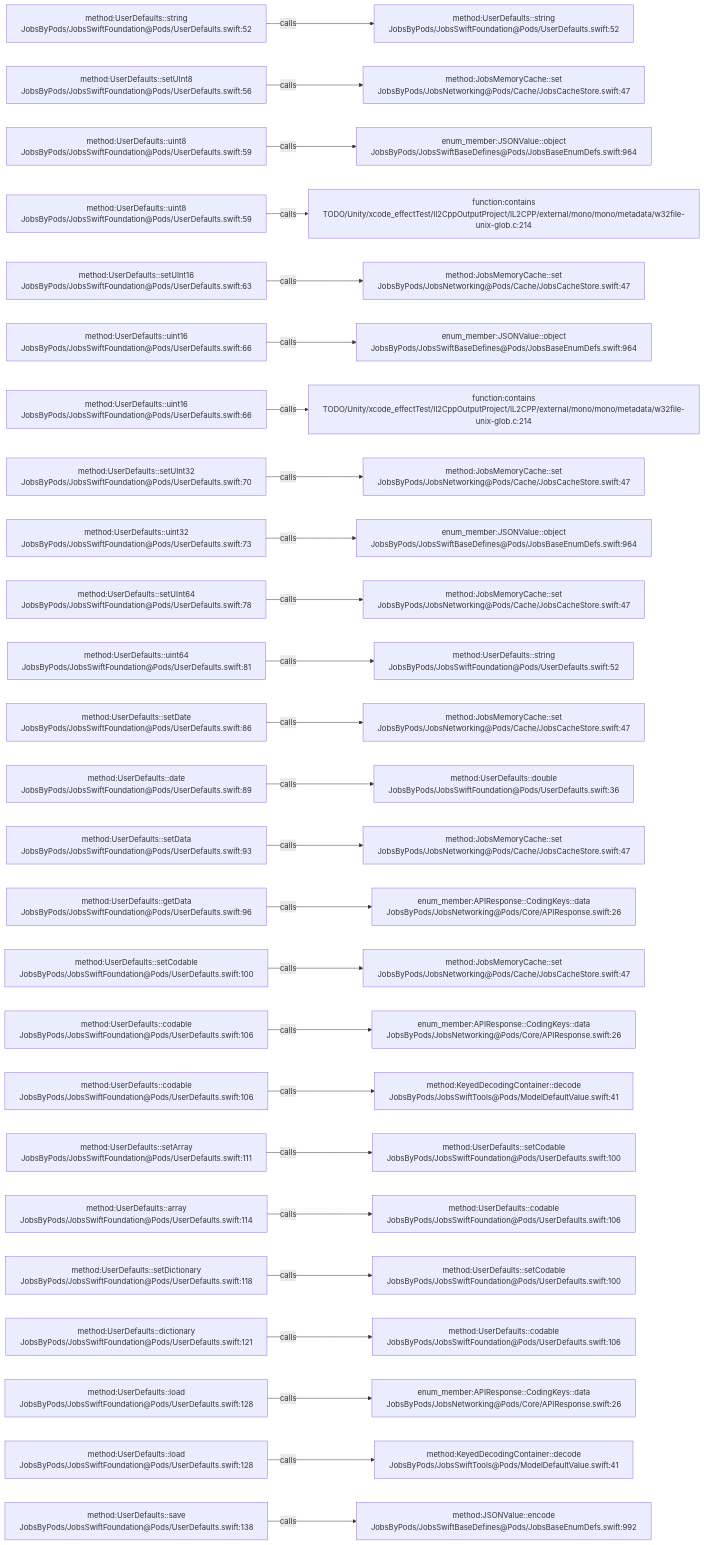
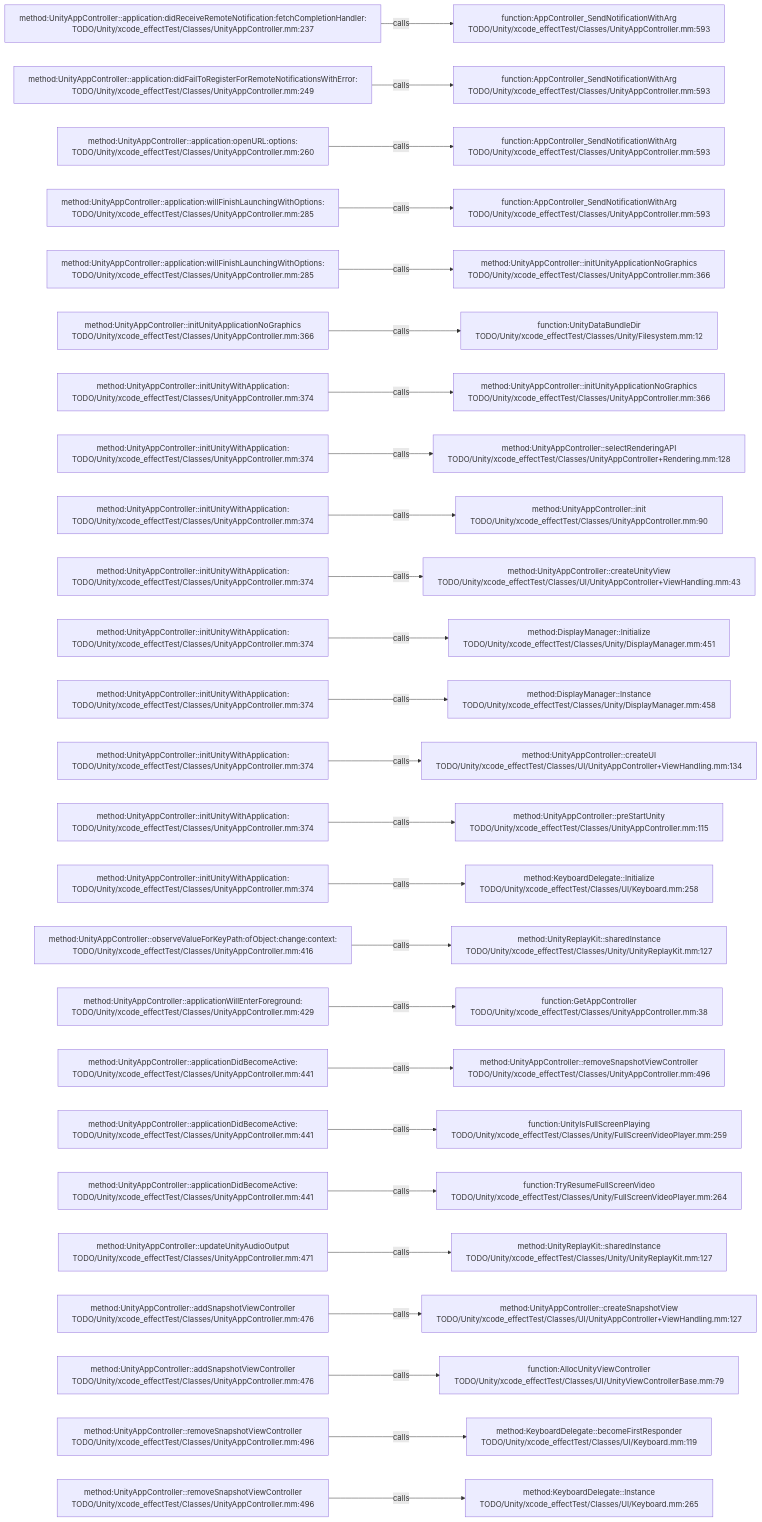
The diagram in .codegraph/codegraph.md/graphs/calls-049.md (JobsKits/JobsSwiftBaseConfigDemo), drawn with Mermaid before and after one commit. The commit also changed 227 other files, not shown here.

````diff
--- a/.codegraph/codegraph.md/graphs/calls-049.md
+++ b/.codegraph/codegraph.md/graphs/calls-049.md
@@ -13,78 +13,78 @@
 ```mermaid
 flowchart LR
-  S1["method:UserDefaults::string<br/>JobsByPods/JobsSwiftFoundation@Pods/UserDefaults.swift:52"]
-  T1["method:UserDefaults::string<br/>JobsByPods/JobsSwiftFoundation@Pods/UserDefaults.swift:52"]
+  S1["method:UnityAppController::application:didReceiveRemoteNotification:fetchCompletionHandler:<br/>TODO/Unity/xcode_effectTest/Classes/UnityAppController.mm:237"]
+  T1["function:AppController_SendNotificationWithArg<br/>TODO/Unity/xcode_effectTest/Classes/UnityAppController.mm:593"]
   S1 -->|calls| T1
-  S2["method:UserDefaults::setUInt8<br/>JobsByPods/JobsSwiftFoundation@Pods/UserDefaults.swift:56"]
-  T2["method:JobsMemoryCache::set<br/>JobsByPods/JobsNetworking@Pods/Cache/JobsCacheStore.swift:47"]
+  S2["method:UnityAppController::application:didFailToRegisterForRemoteNotificationsWithError:<br/>TODO/Unity/xcode_effectTest/Classes/UnityAppController.mm:249"]
+  T2["function:AppController_SendNotificationWithArg<br/>TODO/Unity/xcode_effectTest/Classes/UnityAppController.mm:593"]
   S2 -->|calls| T2
-  S3["method:UserDefaults::uint8<br/>JobsByPods/JobsSwiftFoundation@Pods/UserDefaults.swift:59"]
-  T3["enum_member:JSONValue::object<br/>JobsByPods/JobsSwiftBaseDefines@Pods/JobsBaseEnumDefs.swift:964"]
+  S3["method:UnityAppController::application:openURL:options:<br/>TODO/Unity/xcode_effectTest/Classes/UnityAppController.mm:260"]
+  T3["function:AppController_SendNotificationWithArg<br/>TODO/Unity/xcode_effectTest/Classes/UnityAppController.mm:593"]
   S3 -->|calls| T3
-  S4["method:UserDefaults::uint8<br/>JobsByPods/JobsSwiftFoundation@Pods/UserDefaults.swift:59"]
-  T4["function:contains<br/>TODO/Unity/xcode_effectTest/Il2CppOutputProject/IL2CPP/external/mono/mono/metadata/w32file-unix-glob.c:214"]
+  S4["method:UnityAppController::application:willFinishLaunchingWithOptions:<br/>TODO/Unity/xcode_effectTest/Classes/UnityAppController.mm:285"]
+  T4["function:AppController_SendNotificationWithArg<br/>TODO/Unity/xcode_effectTest/Classes/UnityAppController.mm:593"]
   S4 -->|calls| T4
-  S5["method:UserDefaults::setUInt16<br/>JobsByPods/JobsSwiftFoundation@Pods/UserDefaults.swift:63"]
-  T5["method:JobsMemoryCache::set<br/>JobsByPods/JobsNetworking@Pods/Cache/JobsCacheStore.swift:47"]
+  S5["method:UnityAppController::application:willFinishLaunchingWithOptions:<br/>TODO/Unity/xcode_effectTest/Classes/UnityAppController.mm:285"]
+  T5["method:UnityAppController::initUnityApplicationNoGraphics<br/>TODO/Unity/xcode_effectTest/Classes/UnityAppController.mm:366"]
   S5 -->|calls| T5
-  S6["method:UserDefaults::uint16<br/>JobsByPods/JobsSwiftFoundation@Pods/UserDefaults.swift:66"]
-  T6["enum_member:JSONValue::object<br/>JobsByPods/JobsSwiftBaseDefines@Pods/JobsBaseEnumDefs.swift:964"]
+  S6["method:UnityAppController::initUnityApplicationNoGraphics<br/>TODO/Unity/xcode_effectTest/Classes/UnityAppController.mm:366"]
+  T6["function:UnityDataBundleDir<br/>TODO/Unity/xcode_effectTest/Classes/Unity/Filesystem.mm:12"]
   S6 -->|calls| T6
-  S7["method:UserDefaults::uint16<br/>JobsByPods/JobsSwiftFoundation@Pods/UserDefaults.swift:66"]
-  T7["function:contains<br/>TODO/Unity/xcode_effectTest/Il2CppOutputProject/IL2CPP/external/mono/mono/metadata/w32file-unix-glob.c:214"]
+  S7["method:UnityAppController::initUnityWithApplication:<br/>TODO/Unity/xcode_effectTest/Classes/UnityAppController.mm:374"]
+  T7["method:UnityAppController::initUnityApplicationNoGraphics<br/>TODO/Unity/xcode_effectTest/Classes/UnityAppController.mm:366"]
   S7 -->|calls| T7
-  S8["method:UserDefaults::setUInt32<br/>JobsByPods/JobsSwiftFoundation@Pods/UserDefaults.swift:70"]
-  T8["method:JobsMemoryCache::set<br/>JobsByPods/JobsNetworking@Pods/Cache/JobsCacheStore.swift:47"]
+  S8["method:UnityAppController::initUnityWithApplication:<br/>TODO/Unity/xcode_effectTest/Classes/UnityAppController.mm:374"]
+  T8["method:UnityAppController::selectRenderingAPI<br/>TODO/Unity/xcode_effectTest/Classes/UnityAppController+Rendering.mm:128"]
   S8 -->|calls| T8
-  S9["method:UserDefaults::uint32<br/>JobsByPods/JobsSwiftFoundation@Pods/UserDefaults.swift:73"]
-  T9["enum_member:JSONValue::object<br/>JobsByPods/JobsSwiftBaseDefines@Pods/JobsBaseEnumDefs.swift:964"]
+  S9["method:UnityAppController::initUnityWithApplication:<br/>TODO/Unity/xcode_effectTest/Classes/UnityAppController.mm:374"]
+  T9["method:UnityAppController::init<br/>TODO/Unity/xcode_effectTest/Classes/UnityAppController.mm:90"]
   S9 -->|calls| T9
-  S10["method:UserDefaults::setUInt64<br/>JobsByPods/JobsSwiftFoundation@Pods/UserDefaults.swift:78"]
-  T10["method:JobsMemoryCache::set<br/>JobsByPods/JobsNetworking@Pods/Cache/JobsCacheStore.swift:47"]
+  S10["method:UnityAppController::initUnityWithApplication:<br/>TODO/Unity/xcode_effectTest/Classes/UnityAppController.mm:374"]
+  T10["method:UnityAppController::createUnityView<br/>TODO/Unity/xcode_effectTest/Classes/UI/UnityAppController+ViewHandling.mm:43"]
   S10 -->|calls| T10
-  S11["method:UserDefaults::uint64<br/>JobsByPods/JobsSwiftFoundation@Pods/UserDefaults.swift:81"]
-  T11["method:UserDefaults::string<br/>JobsByPods/JobsSwiftFoundation@Pods/UserDefaults.swift:52"]
+  S11["method:UnityAppController::initUnityWithApplication:<br/>TODO/Unity/xcode_effectTest/Classes/UnityAppController.mm:374"]
+  T11["method:DisplayManager::Initialize<br/>TODO/Unity/xcode_effectTest/Classes/Unity/DisplayManager.mm:451"]
   S11 -->|calls| T11
-  S12["method:UserDefaults::setDate<br/>JobsByPods/JobsSwiftFoundation@Pods/UserDefaults.swift:86"]
-  T12["method:JobsMemoryCache::set<br/>JobsByPods/JobsNetworking@Pods/Cache/JobsCacheStore.swift:47"]
+  S12["method:UnityAppController::initUnityWithApplication:<br/>TODO/Unity/xcode_effectTest/Classes/UnityAppController.mm:374"]
+  T12["method:DisplayManager::Instance<br/>TODO/Unity/xcode_effectTest/Classes/Unity/DisplayManager.mm:458"]
   S12 -->|calls| T12
-  S13["method:UserDefaults::date<br/>JobsByPods/JobsSwiftFoundation@Pods/UserDefaults.swift:89"]
-  T13["method:UserDefaults::double<br/>JobsByPods/JobsSwiftFoundation@Pods/UserDefaults.swift:36"]
+  S13["method:UnityAppController::initUnityWithApplication:<br/>TODO/Unity/xcode_effectTest/Classes/UnityAppController.mm:374"]
+  T13["method:UnityAppController::createUI<br/>TODO/Unity/xcode_effectTest/Classes/UI/UnityAppController+ViewHandling.mm:134"]
   S13 -->|calls| T13
-  S14["method:UserDefaults::setData<br/>JobsByPods/JobsSwiftFoundation@Pods/UserDefaults.swift:93"]
-  T14["method:JobsMemoryCache::set<br/>JobsByPods/JobsNetworking@Pods/Cache/JobsCacheStore.swift:47"]
+  S14["method:UnityAppController::initUnityWithApplication:<br/>TODO/Unity/xcode_effectTest/Classes/UnityAppController.mm:374"]
+  T14["method:UnityAppController::preStartUnity<br/>TODO/Unity/xcode_effectTest/Classes/UnityAppController.mm:115"]
   S14 -->|calls| T14
-  S15["method:UserDefaults::getData<br/>JobsByPods/JobsSwiftFoundation@Pods/UserDefaults.swift:96"]
-  T15["enum_member:APIResponse::CodingKeys::data<br/>JobsByPods/JobsNetworking@Pods/Core/APIResponse.swift:26"]
+  S15["method:UnityAppController::initUnityWithApplication:<br/>TODO/Unity/xcode_effectTest/Classes/UnityAppController.mm:374"]
+  T15["method:KeyboardDelegate::Initialize<br/>TODO/Unity/xcode_effectTest/Classes/UI/Keyboard.mm:258"]
   S15 -->|calls| T15
-  S16["method:UserDefaults::setCodable<br/>JobsByPods/JobsSwiftFoundation@Pods/UserDefaults.swift:100"]
-  T16["method:JobsMemoryCache::set<br/>JobsByPods/JobsNetworking@Pods/Cache/JobsCacheStore.swift:47"]
+  S16["method:UnityAppController::observeValueForKeyPath:ofObject:change:context:<br/>TODO/Unity/xcode_effectTest/Classes/UnityAppController.mm:416"]
+  T16["method:UnityReplayKit::sharedInstance<br/>TODO/Unity/xcode_effectTest/Classes/Unity/UnityReplayKit.mm:127"]
   S16 -->|calls| T16
-  S17["method:UserDefaults::codable<br/>JobsByPods/JobsSwiftFoundation@Pods/UserDefaults.swift:106"]
-  T17["enum_member:APIResponse::CodingKeys::data<br/>JobsByPods/JobsNetworking@Pods/Core/APIResponse.swift:26"]
+  S17["method:UnityAppController::applicationWillEnterForeground:<br/>TODO/Unity/xcode_effectTest/Classes/UnityAppController.mm:429"]
+  T17["function:GetAppController<br/>TODO/Unity/xcode_effectTest/Classes/UnityAppController.mm:38"]
   S17 -->|calls| T17
-  S18["method:UserDefaults::codable<br/>JobsByPods/JobsSwiftFoundation@Pods/UserDefaults.swift:106"]
-  T18["method:KeyedDecodingContainer::decode<br/>JobsByPods/JobsSwiftTools@Pods/ModelDefaultValue.swift:41"]
+  S18["method:UnityAppController::applicationDidBecomeActive:<br/>TODO/Unity/xcode_effectTest/Classes/UnityAppController.mm:441"]
+  T18["method:UnityAppController::removeSnapshotViewController<br/>TODO/Unity/xcode_effectTest/Classes/UnityAppController.mm:496"]
   S18 -->|calls| T18
-  S19["method:UserDefaults::setArray<br/>JobsByPods/JobsSwiftFoundation@Pods/UserDefaults.swift:111"]
-  T19["method:UserDefaults::setCodable<br/>JobsByPods/JobsSwiftFoundation@Pods/UserDefaults.swift:100"]
+  S19["method:UnityAppController::applicationDidBecomeActive:<br/>TODO/Unity/xcode_effectTest/Classes/UnityAppController.mm:441"]
+  T19["function:UnityIsFullScreenPlaying<br/>TODO/Unity/xcode_effectTest/Classes/Unity/FullScreenVideoPlayer.mm:259"]
   S19 -->|calls| T19
-  S20["method:UserDefaults::array<br/>JobsByPods/JobsSwiftFoundation@Pods/UserDefaults.swift:114"]
-  T20["method:UserDefaults::codable<br/>JobsByPods/JobsSwiftFoundation@Pods/UserDefaults.swift:106"]
+  S20["method:UnityAppController::applicationDidBecomeActive:<br/>TODO/Unity/xcode_effectTest/Classes/UnityAppController.mm:441"]
+  T20["function:TryResumeFullScreenVideo<br/>TODO/Unity/xcode_effectTest/Classes/Unity/FullScreenVideoPlayer.mm:264"]
   S20 -->|calls| T20
-  S21["method:UserDefaults::setDictionary<br/>JobsByPods/JobsSwiftFoundation@Pods/UserDefaults.swift:118"]
-  T21["method:UserDefaults::setCodable<br/>JobsByPods/JobsSwiftFoundation@Pods/UserDefaults.swift:100"]
+  S21["method:UnityAppController::updateUnityAudioOutput<br/>TODO/Unity/xcode_effectTest/Classes/UnityAppController.mm:471"]
+  T21["method:UnityReplayKit::sharedInstance<br/>TODO/Unity/xcode_effectTest/Classes/Unity/UnityReplayKit.mm:127"]
   S21 -->|calls| T21
-  S22["method:UserDefaults::dictionary<br/>JobsByPods/JobsSwiftFoundation@Pods/UserDefaults.swift:121"]
-  T22["method:UserDefaults::codable<br/>JobsByPods/JobsSwiftFoundation@Pods/UserDefaults.swift:106"]
+  S22["method:UnityAppController::addSnapshotViewController<br/>TODO/Unity/xcode_effectTest/Classes/UnityAppController.mm:476"]
+  T22["method:UnityAppController::createSnapshotView<br/>TODO/Unity/xcode_effectTest/Classes/UI/UnityAppController+ViewHandling.mm:127"]
   S22 -->|calls| T22
-  S23["method:UserDefaults::load<br/>JobsByPods/JobsSwiftFoundation@Pods/UserDefaults.swift:128"]
-  T23["enum_member:APIResponse::CodingKeys::data<br/>JobsByPods/JobsNetworking@Pods/Core/APIResponse.swift:26"]
+  S23["method:UnityAppController::addSnapshotViewController<br/>TODO/Unity/xcode_effectTest/Classes/UnityAppController.mm:476"]
+  T23["function:AllocUnityViewController<br/>TODO/Unity/xcode_effectTest/Classes/UI/UnityViewControllerBase.mm:79"]
   S23 -->|calls| T23
-  S24["method:UserDefaults::load<br/>JobsByPods/JobsSwiftFoundation@Pods/UserDefaults.swift:128"]
-  T24["method:KeyedDecodingContainer::decode<br/>JobsByPods/JobsSwiftTools@Pods/ModelDefaultValue.swift:41"]
+  S24["method:UnityAppController::removeSnapshotViewController<br/>TODO/Unity/xcode_effectTest/Classes/UnityAppController.mm:496"]
+  T24["method:KeyboardDelegate::becomeFirstResponder<br/>TODO/Unity/xcode_effectTest/Classes/UI/Keyboard.mm:119"]
   S24 -->|calls| T24
-  S25["method:UserDefaults::save<br/>JobsByPods/JobsSwiftFoundation@Pods/UserDefaults.swift:138"]
-  T25["method:JSONValue::encode<br/>JobsByPods/JobsSwiftBaseDefines@Pods/JobsBaseEnumDefs.swift:992"]
+  S25["method:UnityAppController::removeSnapshotViewController<br/>TODO/Unity/xcode_effectTest/Classes/UnityAppController.mm:496"]
+  T25["method:KeyboardDelegate::Instance<br/>TODO/Unity/xcode_effectTest/Classes/UI/Keyboard.mm:265"]
   S25 -->|calls| T25
 ```
````
